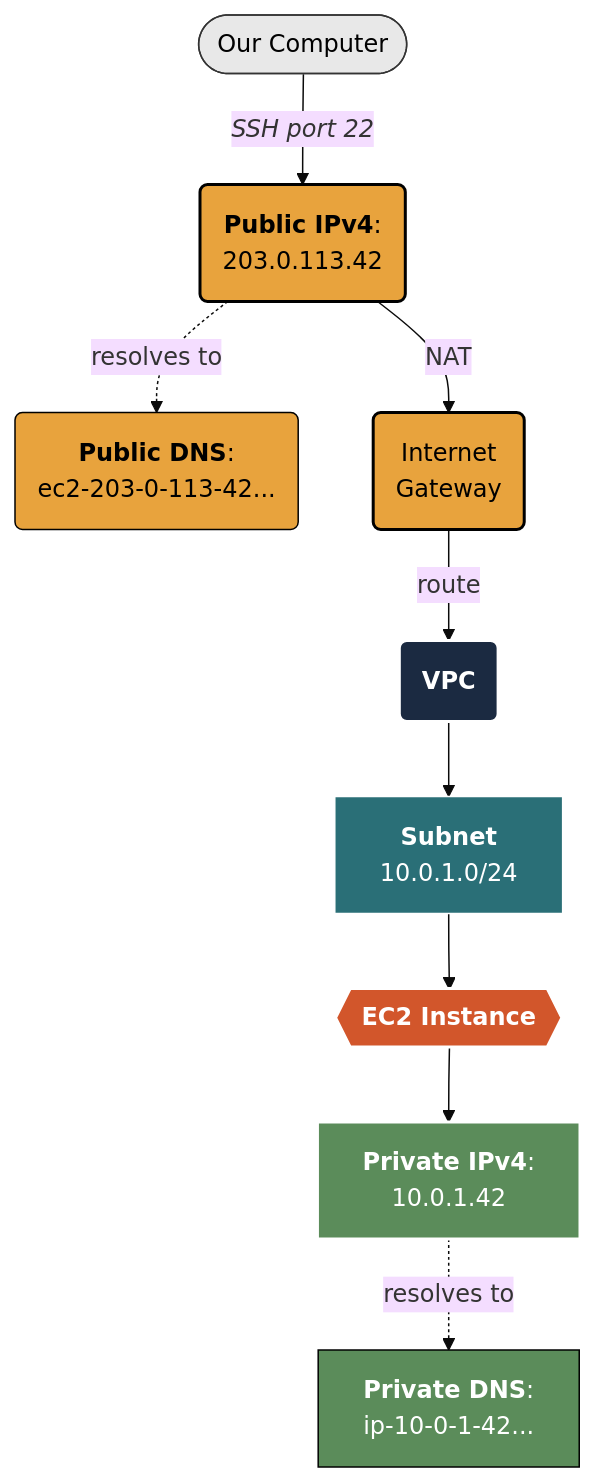
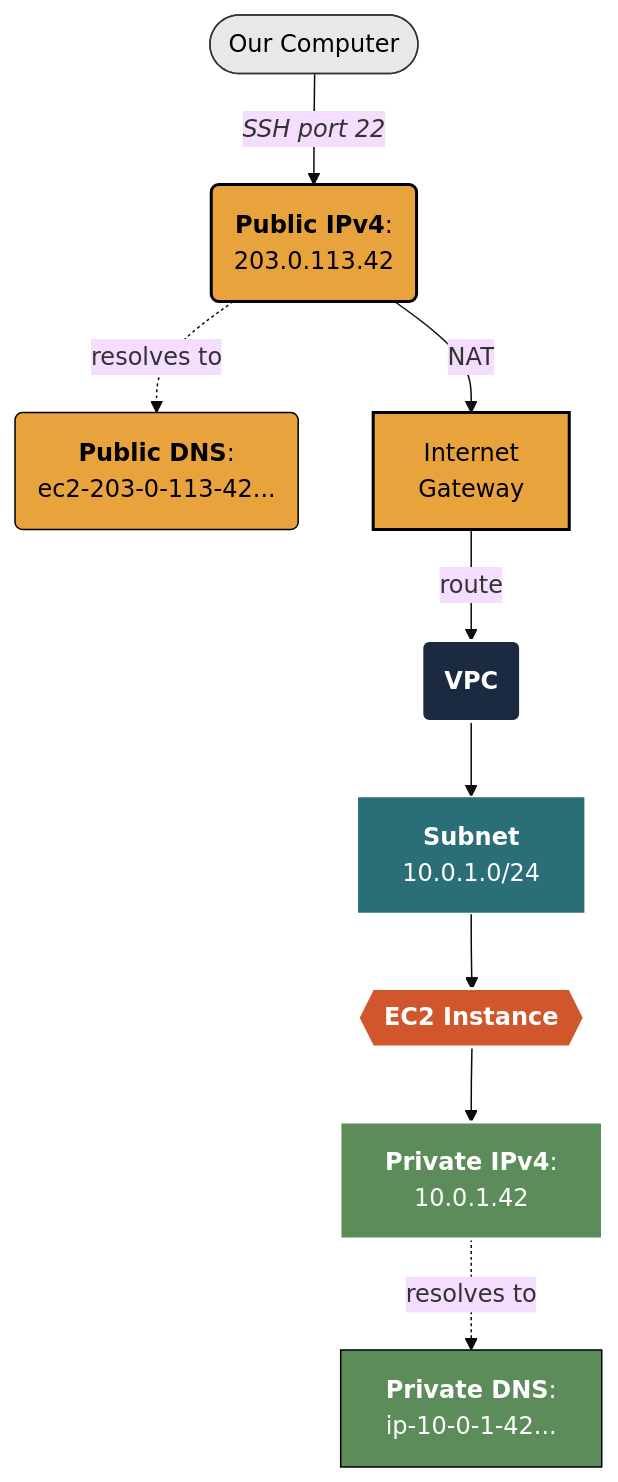
One commit to mjfrigaard/do4ds-labs changed the first of 2 diagrams in aws-ssh-ec2.qmd. Above: the diagram before and after it, drawn with Mermaid. The commit also changed other lines of this file and 28 other files, not shown here.

Commit message:
updates to mermaids

````diff
--- a/aws-ssh-ec2.qmd
+++ b/aws-ssh-ec2.qmd
@@ -66,36 +66,36 @@
 ```{mermaid}
 %%| fig-cap: 'EC2 Instance Network Architecture'
 %%| fig-width: 8.0
 %%| fig-align: 'center'
 %%{init: {'theme': 'base', 'themeVariables': {'fontFamily': 'monospace'}}}%%
 
 graph TD
     Client(["Our Computer"])
     PubIP("<strong>Public IPv4</strong>:<br>203.0.113.42")
     PubDNS("<strong>Public DNS</strong>:<br>ec2-203-0-113-42...")
-    IGW("Internet<br>Gateway")
+    IGW["Internet<br>Gateway"]
     VPC("<strong>VPC</strong>")
     Subnet["<strong>Subnet</strong><br>10.0.1.0/24"]
     Instance{{"<strong>EC2 Instance</strong>"}}
     PrivIP["<strong>Private IPv4</strong>:<br>10.0.1.42"]
     PrivDNS["<strong>Private DNS</strong>:<br>ip-10-0-1-42..."]
     
     Client -->|"<em>SSH port 22</em>"| PubIP
     PubIP -.->|resolves to| PubDNS
     PubIP -->|NAT| IGW
     IGW -->|route| VPC
     VPC --> Subnet
     Subnet --> Instance
     Instance --> PrivIP
     PrivIP -.->|resolves to| PrivDNS
 
     style Client fill:#E8E8E8,stroke:#333,stroke-width:1px,color:#000
     style PubIP fill:#E8A33D,stroke:#000,stroke-width:2px,color:#000
     style PubDNS fill:#E8A33D,stroke:#000,stroke-width:1px,color:#000
     style IGW fill:#E8A33D,stroke:#000,stroke-width:2px,color:#000
     style VPC fill:#1B2A41,stroke:#fff,stroke-width:2px,color:#fff
     style Subnet fill:#2A6F77,stroke:#fff,stroke-width:1px,color:#fff
     style Instance fill:#D2562B,stroke:#fff,stroke-width:2px,color:#fff
     style PrivIP fill:#5B8C5A,stroke:#fff,stroke-width:2px,color:#fff
     style PrivDNS fill:#5B8C5A,stroke:#000,stroke-width:1px,color:#fff
 ```
````
